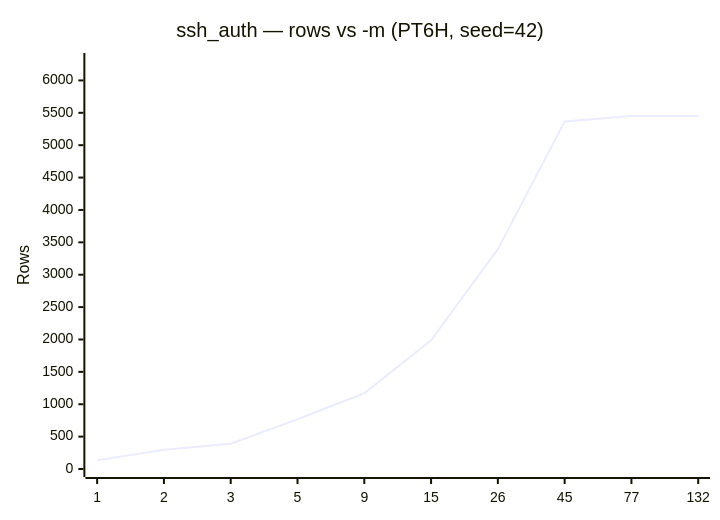
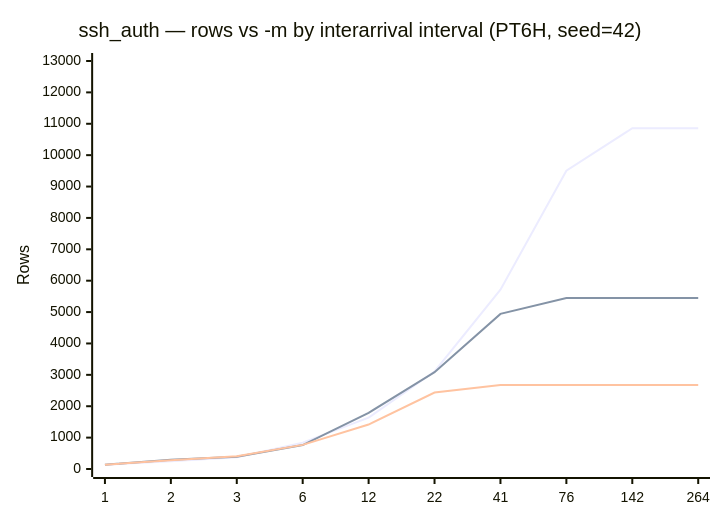
Before and after one commit to implydata/imply-eventgenerator: the second of 2 diagrams in docs/presets/ssh_auth.md, drawn with Mermaid. The commit also changed other lines of this file and 10 other files, not shown here.

````diff
--- a/docs/presets/ssh_auth.md
+++ b/docs/presets/ssh_auth.md
@@ -82,7 +84,9 @@
 ```mermaid
 xychart-beta
-    title "ssh_auth — rows vs -m (PT6H, seed=42)"
-    x-axis [1, 2, 3, 5, 9, 15, 26, 45, 77, 132]
-    y-axis "Rows" 0 --> 6300
-    line [136, 296, 390, 769, 1169, 1988, 3395, 5366, 5450, 5450]
+    title "ssh_auth — rows vs -m by interarrival interval (PT6H, seed=42)"
+    x-axis [1, 2, 3, 6, 12, 22, 41, 76, 142, 264]
+    y-axis "Rows" 0 --> 13000
+    line [136, 247, 375, 840, 1635, 3107, 5714, 9502, 10857, 10857]
+    line [136, 296, 390, 762, 1789, 3084, 4942, 5450, 5450, 5450]
+    line [136, 280, 404, 769, 1417, 2437, 2679, 2679, 2679, 2679]
 ```
````
